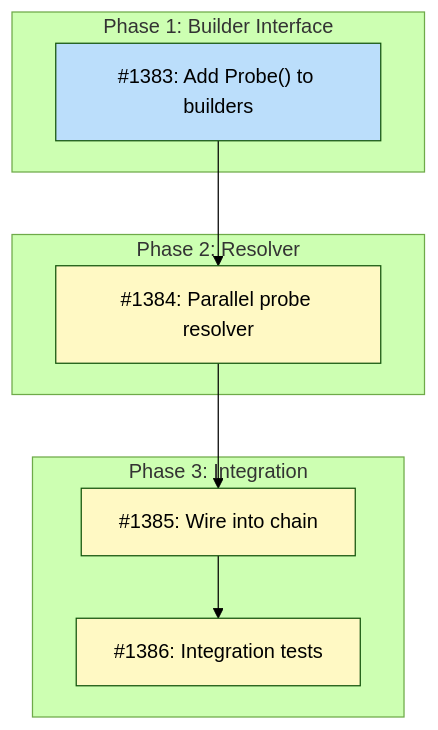
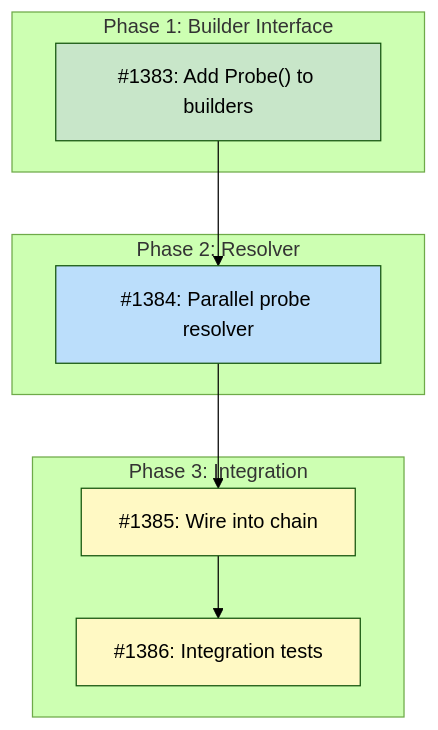
The diagram in docs/designs/DESIGN-ecosystem-probe.md (tsukumogami/tsuku), drawn with Mermaid (forest theme) before and after one commit. The commit also changed other lines of this file and 10 other files, not shown here.

````diff
--- a/docs/designs/DESIGN-ecosystem-probe.md
+++ b/docs/designs/DESIGN-ecosystem-probe.md
@@ -34,27 +34,28 @@
 ```mermaid
 graph TD
     subgraph Phase1["Phase 1: Builder Interface"]
         I1383["#1383: Add Probe() to builders"]
     end
 
     subgraph Phase2["Phase 2: Resolver"]
         I1384["#1384: Parallel probe resolver"]
     end
 
     subgraph Phase3["Phase 3: Integration"]
         I1385["#1385: Wire into chain"]
         I1386["#1386: Integration tests"]
     end
 
     I1383 --> I1384
     I1384 --> I1385
     I1385 --> I1386
 
     classDef done fill:#c8e6c9
     classDef ready fill:#bbdefb
     classDef blocked fill:#fff9c4
     classDef needsDesign fill:#e1bee7
 
-    class I1383 ready
-    class I1384,I1385,I1386 blocked
+    class I1383 done
+    class I1384 ready
+    class I1385,I1386 blocked
 ```
````
